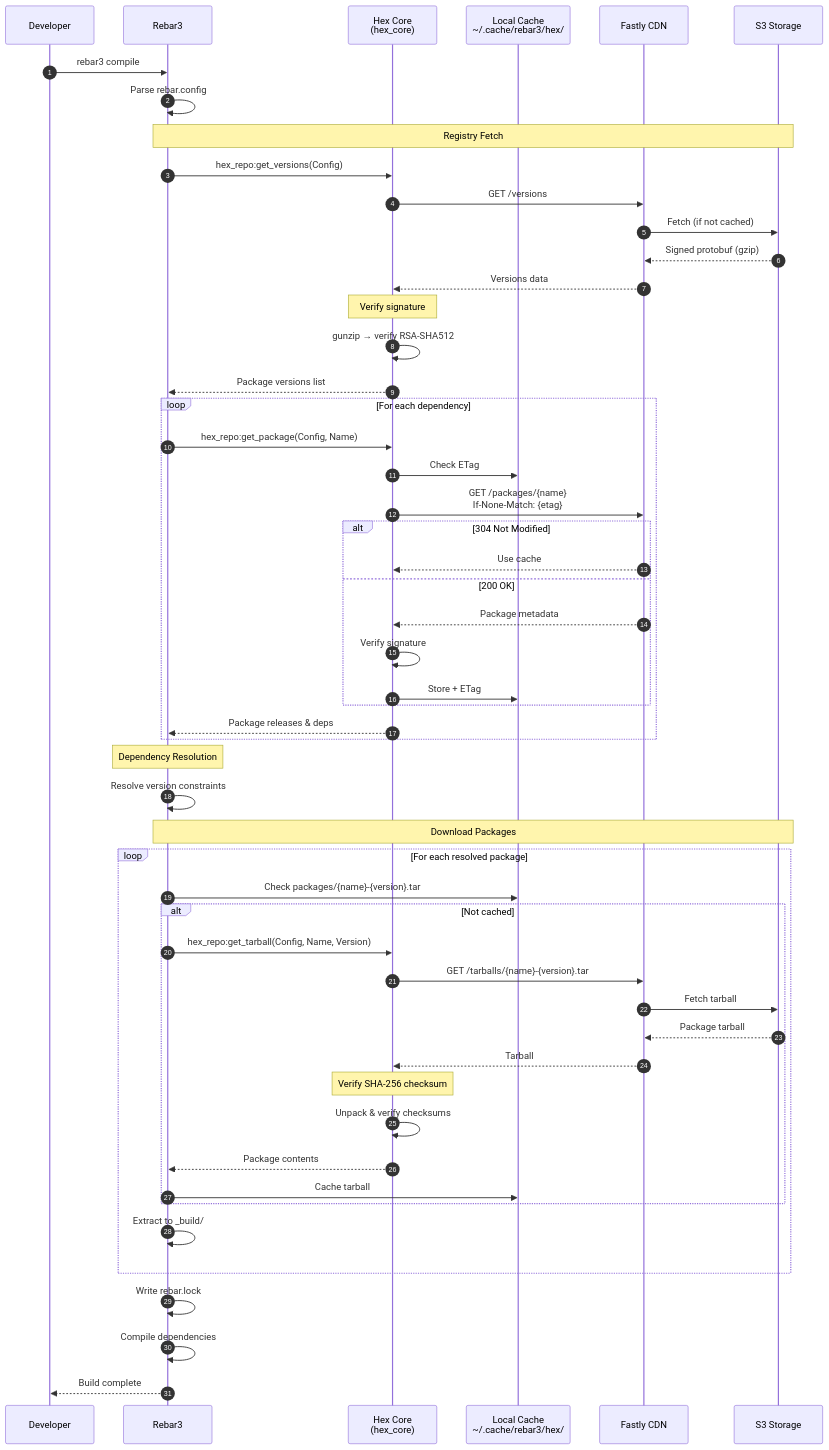
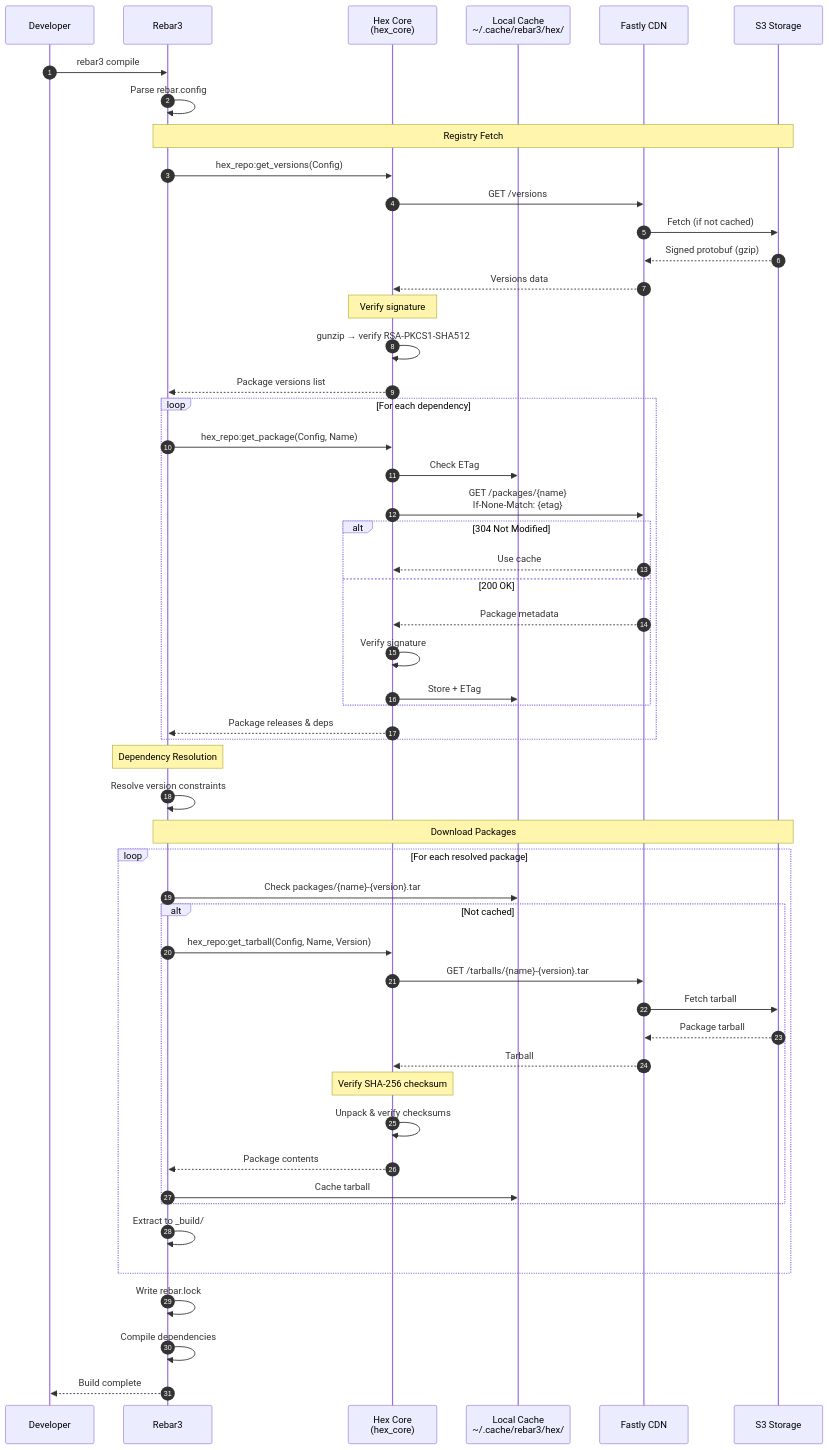
Before and after one commit to hexpm/specifications: the fourth of 11 diagrams in security/threat-model/client-flows.md, drawn with Mermaid. The commit also changed other lines of this file and 15 other files, not shown here.

````diff
--- a/security/threat-model/client-flows.md
+++ b/security/threat-model/client-flows.md
@@ -212,65 +212,65 @@
 ```mermaid
 sequenceDiagram
     autonumber
     participant Dev as Developer
     participant Rebar as Rebar3
     participant HexCore as Hex Core<br/>(hex_core)
     participant Cache as Local Cache<br/>~/.cache/rebar3/hex/
     participant CDN as Fastly CDN
     participant S3 as S3 Storage
 
     Dev->>Rebar: rebar3 compile
     Rebar->>Rebar: Parse rebar.config
 
     Note over Rebar,S3: Registry Fetch
     Rebar->>HexCore: hex_repo:get_versions(Config)
     HexCore->>CDN: GET /versions
     CDN->>S3: Fetch (if not cached)
     S3-->>CDN: Signed protobuf (gzip)
     CDN-->>HexCore: Versions data
 
     Note over HexCore: Verify signature
-    HexCore->>HexCore: gunzip → verify RSA-SHA512
+    HexCore->>HexCore: gunzip → verify RSA-PKCS1-SHA512
     HexCore-->>Rebar: Package versions list
 
     loop For each dependency
         Rebar->>HexCore: hex_repo:get_package(Config, Name)
         HexCore->>Cache: Check ETag
         HexCore->>CDN: GET /packages/{name}<br/>If-None-Match: {etag}
 
         alt 304 Not Modified
             CDN-->>HexCore: Use cache
         else 200 OK
             CDN-->>HexCore: Package metadata
             HexCore->>HexCore: Verify signature
             HexCore->>Cache: Store + ETag
         end
         HexCore-->>Rebar: Package releases & deps
     end
 
     Note over Rebar: Dependency Resolution
     Rebar->>Rebar: Resolve version constraints
 
     Note over Rebar,S3: Download Packages
     loop For each resolved package
         Rebar->>Cache: Check packages/{name}-{version}.tar
         alt Not cached
             Rebar->>HexCore: hex_repo:get_tarball(Config, Name, Version)
             HexCore->>CDN: GET /tarballs/{name}-{version}.tar
             CDN->>S3: Fetch tarball
             S3-->>CDN: Package tarball
             CDN-->>HexCore: Tarball
 
             Note over HexCore: Verify SHA-256 checksum
             HexCore->>HexCore: Unpack & verify checksums
             HexCore-->>Rebar: Package contents
 
             Rebar->>Cache: Cache tarball
         end
         Rebar->>Rebar: Extract to _build/
     end
 
     Rebar->>Rebar: Write rebar.lock
     Rebar->>Rebar: Compile dependencies
     Rebar-->>Dev: Build complete
 ```
````
